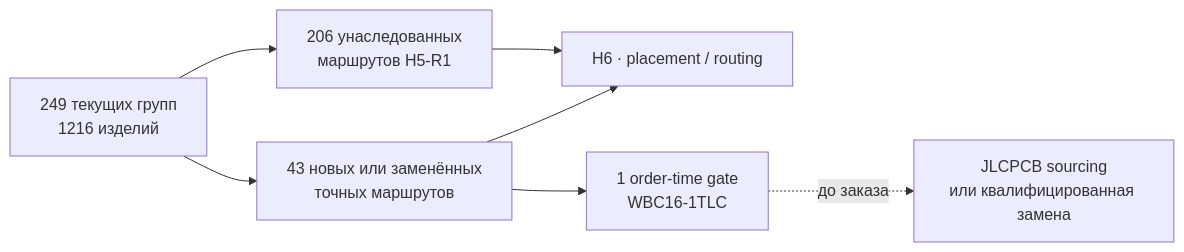
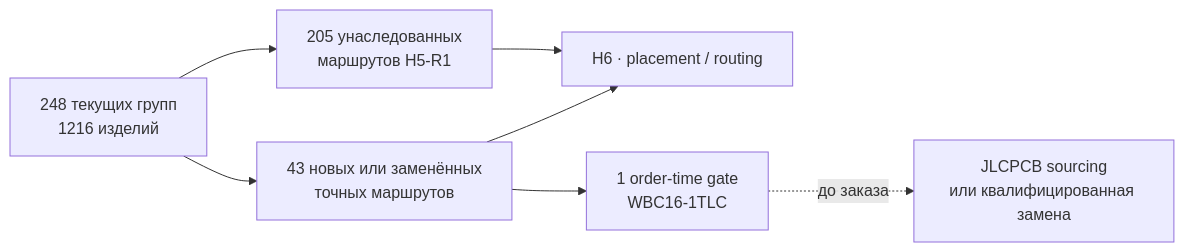
Before and after one commit to anton-vinogradov/esp32-leshy2: the diagram in docs/h5-r2-current-route.ru.md, drawn with Mermaid. The commit also changed other lines of this file and 142 other files, not shown here.

````diff
--- a/docs/h5-r2-current-route.ru.md
+++ b/docs/h5-r2-current-route.ru.md
@@ -5,9 +5,9 @@
 ```mermaid
 flowchart LR
-  A["249 текущих групп<br/>1216 изделий"] --> B["206 унаследованных<br/>маршрутов H5-R1"]
+  A["248 текущих групп<br/>1216 изделий"] --> B["205 унаследованных<br/>маршрутов H5-R1"]
   A --> C["43 новых или заменённых<br/>точных маршрутов"]
   B --> D["H6 · placement / routing"]
   C --> D
   C --> E["1 order-time gate<br/>WBC16-1TLC"]
   E -. "до заказа" .-> F["JLCPCB sourcing<br/>или квалифицированная замена"]
 ```
````
